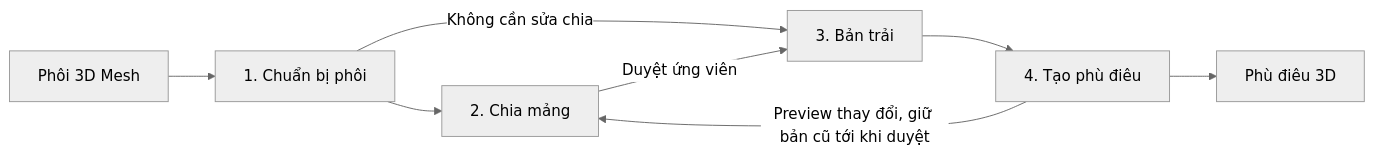
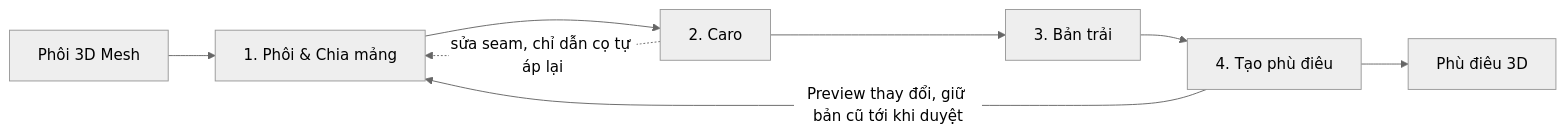
One commit to tuan138/bscu changed the first of 2 diagrams in docs/concept/UIUX.md. Above: the diagram before and after it, drawn with Mermaid (neutral theme). The commit also changed other lines of this file and 1 other file, not shown here.

Commit message:
docs(concept): UIUX v1.6.0 - seam len dau, tab Caro rieng voi co chi dan, solver core co trong so

````diff
--- a/docs/concept/UIUX.md
+++ b/docs/concept/UIUX.md
@@ -14,10 +14,10 @@
 ```mermaid
 graph LR
-    A["Phôi 3D Mesh"] --> Tab1["1. Chuẩn bị phôi"]
-    Tab1 --> Tab2["2. Chia mảng"]
-    Tab1 -->|Không cần sửa chia| Tab3["3. Bản trải"]
-    Tab2 -->|Duyệt ứng viên| Tab3
+    A["Phôi 3D Mesh"] --> Tab1["1. Phôi & Chia mảng"]
+    Tab1 --> Tab2["2. Caro"]
+    Tab2 --> Tab3["3. Bản trải"]
     Tab3 --> Tab4["4. Tạo phù điêu"]
-    Tab4 -->|Preview thay đổi, giữ bản cũ tới khi duyệt| Tab2
+    Tab2 -.->|sửa seam, chỉ dẫn cọ tự áp lại| Tab1
+    Tab4 -->|Preview thay đổi, giữ bản cũ tới khi duyệt| Tab1
     Tab4 --> B["Phù điêu 3D"]
 ```
````
